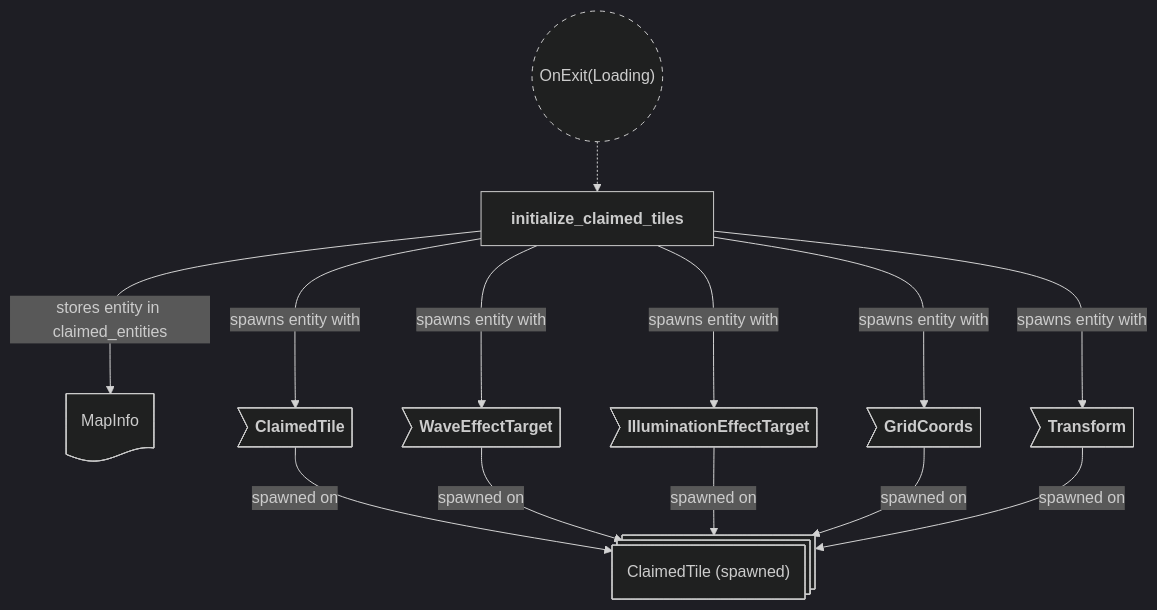
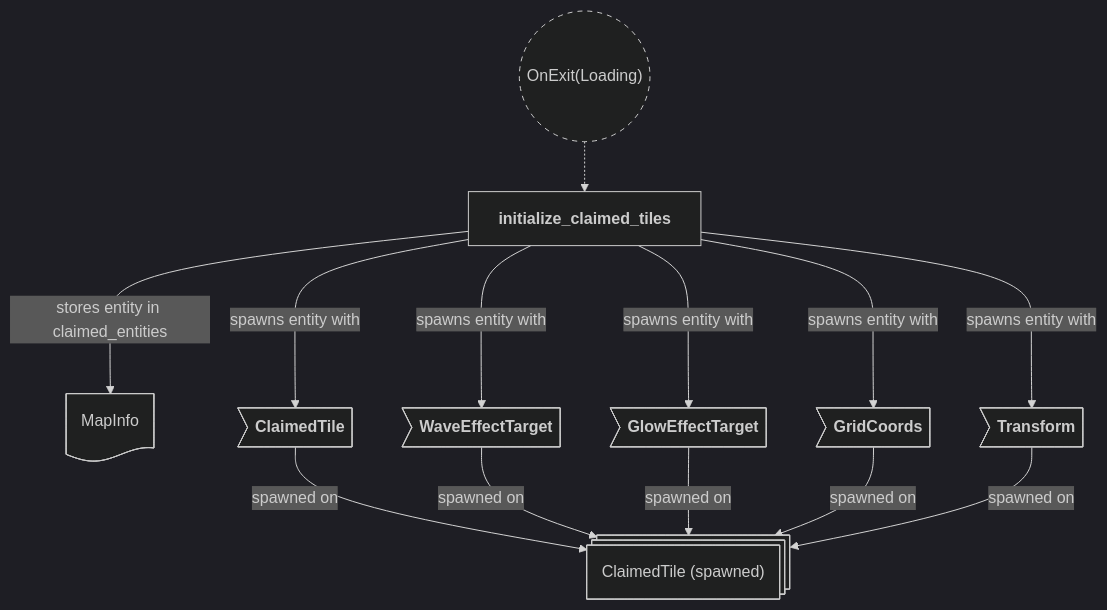
The seventh of 10 diagrams in backlog/docs/doc-3 - 001-Maps-plugin.md (neurosoup/tyled), drawn with Mermaid before and after one commit. The commit also changed other lines of this file and 10 other files, not shown here.

First line of the commit message:
Feat: replace beam tile tint with a lit-overlay glow on tiles and floor

````diff
--- a/backlog/docs/doc-3 - 001-Maps-plugin.md
+++ b/backlog/docs/doc-3 - 001-Maps-plugin.md
@@ -326,36 +326,36 @@
 ```mermaid
 ---
 config:
   theme: dark
 ---
 
 flowchart TD
 classDef system-group stroke-dasharray: 5 5
 
 on_exit_loading(("`OnExit(Loading)`")):::system-group
 initialize_claimed_tiles["`**initialize_claimed_tiles**`"]
 
 on_exit_loading -.-> initialize_claimed_tiles
 
 claimed_tile_entity@{ shape: st-rect, label: "ClaimedTile (spawned)" }
 map_info_res@{ shape: doc, label: "MapInfo" }
 
 ct_claimed_tile>"`**ClaimedTile**`"]
 ct_wave_effect>"`**WaveEffectTarget**`"]
-ct_illumination_effect>"`**IlluminationEffectTarget**`"]
+ct_glow_effect>"`**GlowEffectTarget**`"]
 ct_grid_coords>"`**GridCoords**`"]
 ct_transform>"`**Transform**`"]
 
 ct_claimed_tile --> |spawned on| claimed_tile_entity
 ct_wave_effect --> |spawned on| claimed_tile_entity
-ct_illumination_effect --> |spawned on| claimed_tile_entity
+ct_glow_effect --> |spawned on| claimed_tile_entity
 ct_grid_coords --> |spawned on| claimed_tile_entity
 ct_transform --> |spawned on| claimed_tile_entity
 
 initialize_claimed_tiles ---> |spawns entity with| ct_claimed_tile
 initialize_claimed_tiles ---> |spawns entity with| ct_wave_effect
-initialize_claimed_tiles ---> |spawns entity with| ct_illumination_effect
+initialize_claimed_tiles ---> |spawns entity with| ct_glow_effect
 initialize_claimed_tiles ---> |spawns entity with| ct_grid_coords
 initialize_claimed_tiles ---> |spawns entity with| ct_transform
 initialize_claimed_tiles ---> |stores entity in claimed_entities| map_info_res
 ```
````
